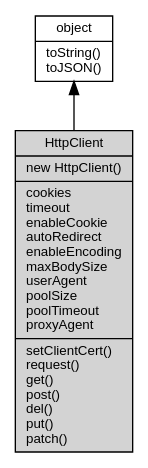
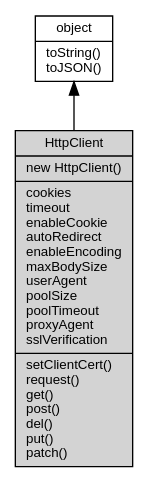
One commit to fibjs/fibjs.org changed the diagram in docs/manual/object/ifs/HttpClient.md. Above: the diagram before and after it, drawn with Graphviz. The commit also changed other lines of this file and 208 other files, not shown here.

````diff
--- a/docs/manual/object/ifs/HttpClient.md
+++ b/docs/manual/object/ifs/HttpClient.md
@@ -14,10 +14,10 @@
 ```dot
 digraph {
     node [fontname="Helvetica,sans-Serif", fontsize=10, shape="record", style="filled", fillcolor="white"];
 
     object [tooltip="object", URL="object.md", label="{object|toString()\ltoJSON()\l}"];
-    HttpClient [tooltip="HttpClient", fillcolor="lightgray", id="me", label="{HttpClient|new HttpClient()\l|cookies\ltimeout\lenableCookie\lautoRedirect\lenableEncoding\lmaxBodySize\luserAgent\lpoolSize\lpoolTimeout\lproxyAgent\l|setClientCert()\lrequest()\lget()\lpost()\ldel()\lput()\lpatch()\l}"];
+    HttpClient [tooltip="HttpClient", fillcolor="lightgray", id="me", label="{HttpClient|new HttpClient()\l|cookies\ltimeout\lenableCookie\lautoRedirect\lenableEncoding\lmaxBodySize\luserAgent\lpoolSize\lpoolTimeout\lproxyAgent\lsslVerification\l|setClientCert()\lrequest()\lget()\lpost()\ldel()\lput()\lpatch()\l}"];
 
     object -> HttpClient [dir=back];
 }
 ```
````
